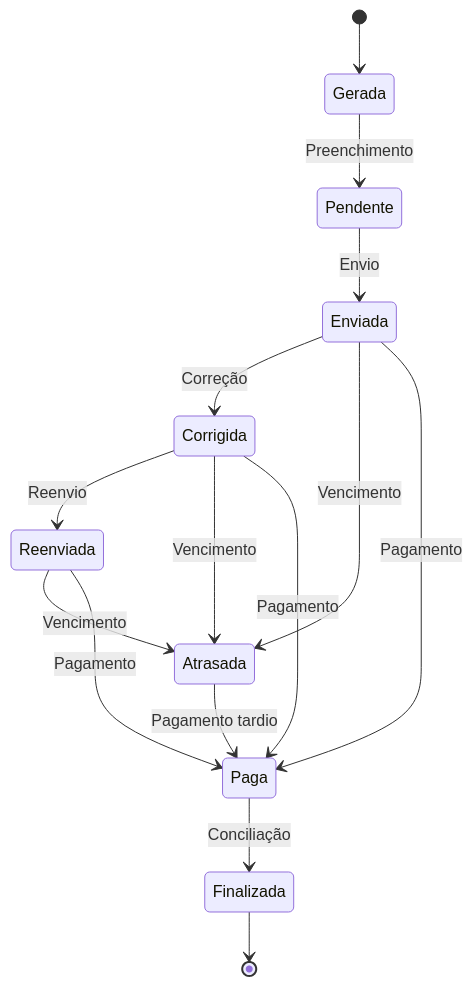
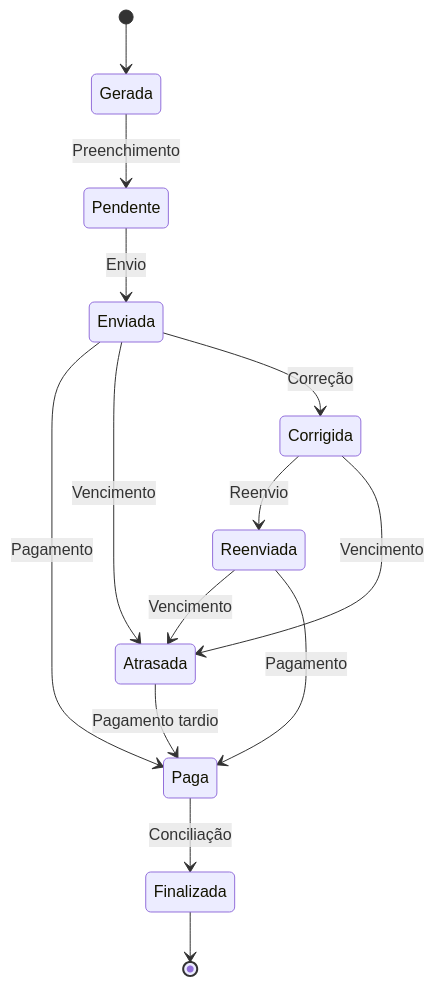
One commit to agnoatto/cooperativa-energetica-amiga changed the diagram in docs/business/billing.md. Above: the diagram before and after it, drawn with Mermaid. The commit also changed other lines of this file, not shown here.

````diff
--- a/docs/business/billing.md
+++ b/docs/business/billing.md
@@ -29,17 +25,16 @@
 ```mermaid
 stateDiagram-v2
     [*] --> Gerada
     Gerada --> Pendente: Preenchimento
     Pendente --> Enviada: Envio
+    Enviada --> Paga: Pagamento
+    Enviada --> Atrasada: Vencimento
     Enviada --> Corrigida: Correção
     Corrigida --> Reenviada: Reenvio
-    Enviada --> Atrasada: Vencimento
     Corrigida --> Atrasada: Vencimento
     Reenviada --> Atrasada: Vencimento
-    Enviada --> Paga: Pagamento
-    Corrigida --> Paga: Pagamento
     Reenviada --> Paga: Pagamento
     Atrasada --> Paga: Pagamento tardio
     Paga --> Finalizada: Conciliação
     Finalizada --> [*]
 ```
````
